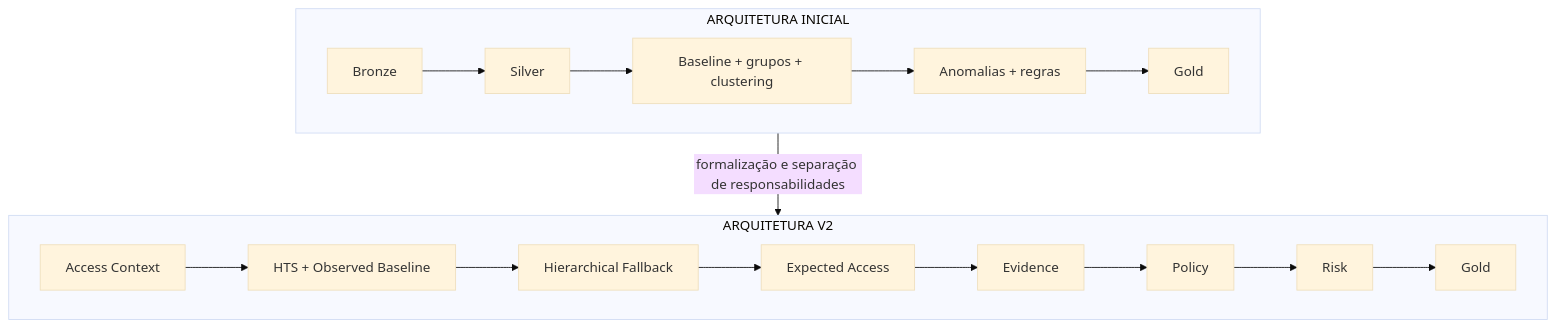
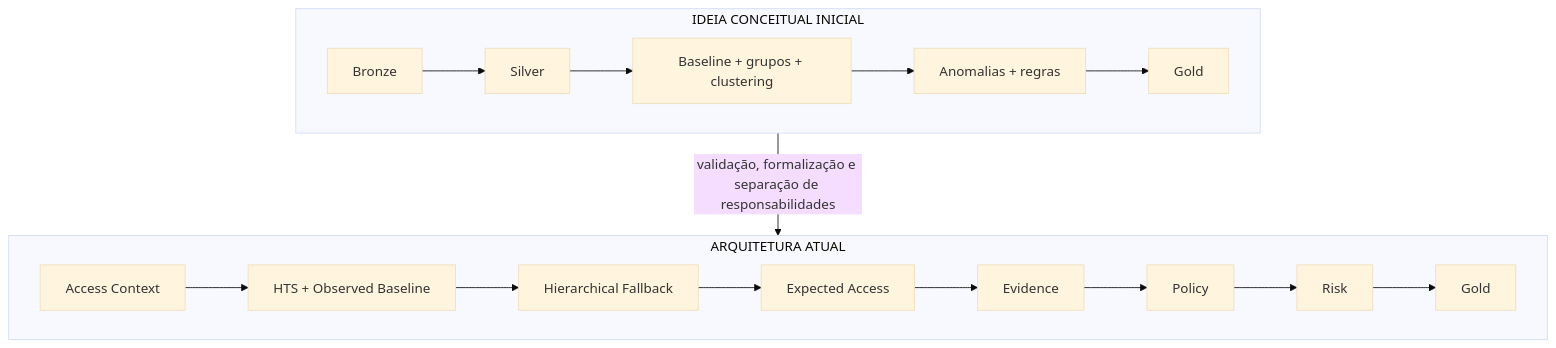
Before and after one commit to Lal3x/SoD-Plataform: the fifth of 6 diagrams in docs/arquitetura/arquitetura-inicial.md, drawn with Mermaid (base theme). The commit also changed other lines of this file, not shown here.

Commit message:
docs: explicitar caráter conceitual da arquitetura inicial

````diff
--- a/docs/arquitetura/arquitetura-inicial.md
+++ b/docs/arquitetura/arquitetura-inicial.md
@@ -120,21 +125,21 @@
 ```mermaid
 flowchart TB
-    subgraph V0["ARQUITETURA INICIAL"]
+    subgraph INICIAL["IDEIA CONCEITUAL INICIAL"]
         A1["Bronze"] --> A2["Silver"]
         A2 --> A3["Baseline + grupos + clustering"]
         A3 --> A4["Anomalias + regras"]
         A4 --> A5["Gold"]
     end
 
-    subgraph V2["ARQUITETURA V2"]
+    subgraph ATUAL["ARQUITETURA ATUAL"]
         B1["Access Context"] --> B2["HTS + Observed Baseline"]
         B2 --> B3["Hierarchical Fallback"]
         B3 --> B4["Expected Access"]
         B4 --> B5["Evidence"]
         B5 --> B6["Policy"]
         B6 --> B7["Risk"]
         B7 --> B8["Gold"]
     end
 
-    V0 -->|"formalização e separação de responsabilidades"| V2
+    INICIAL -->|"validação, formalização e separação de responsabilidades"| ATUAL
 ```
````
